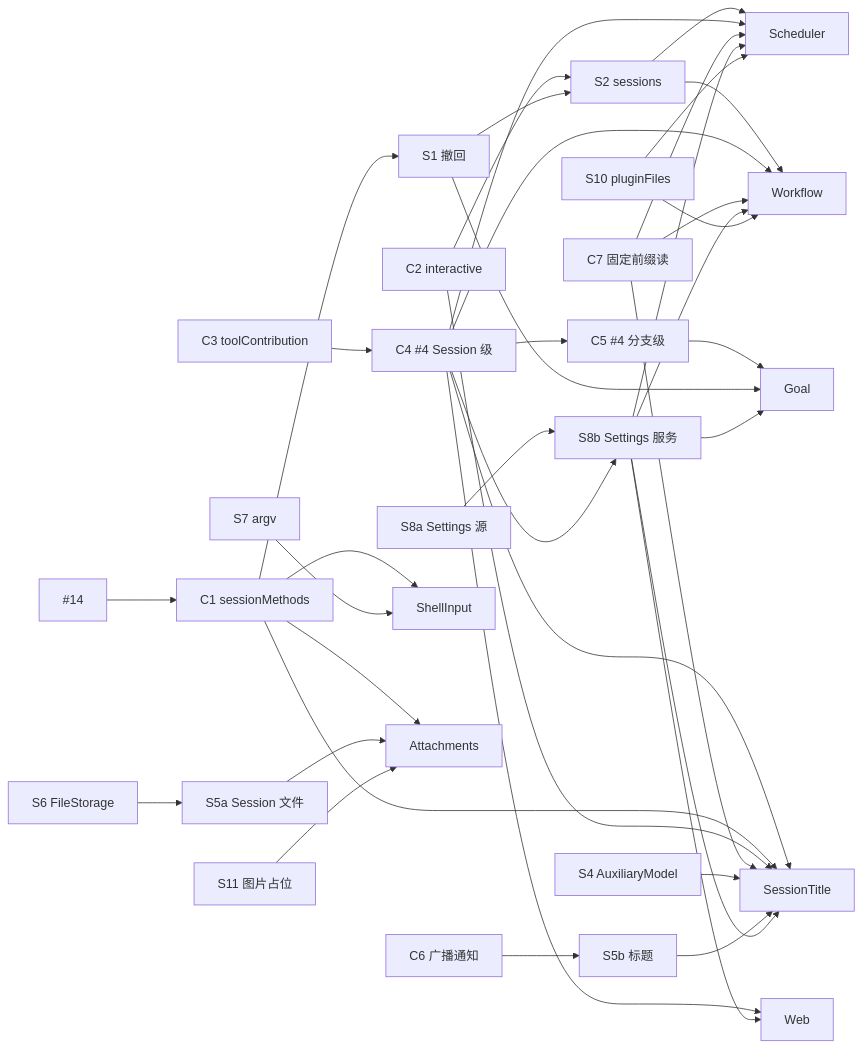
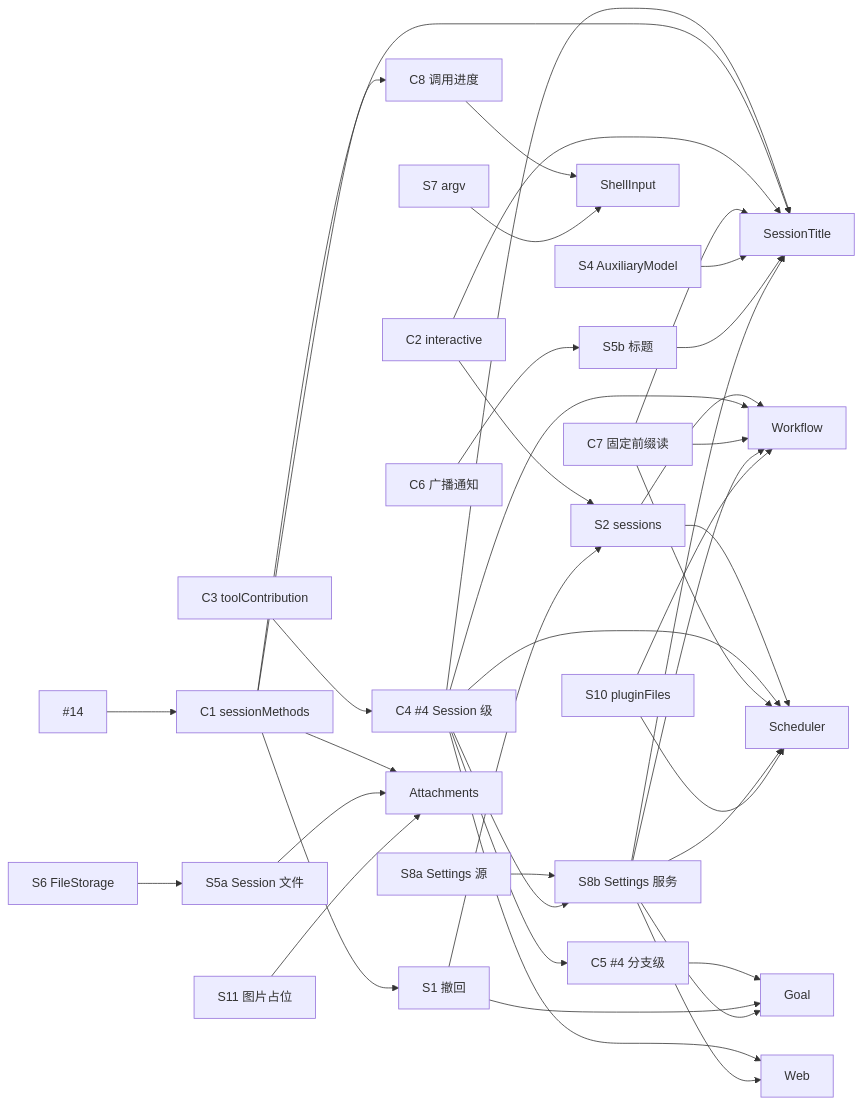
The diagram in docs/design/roadmap.md (CoutinhoTTS/dim-agent), drawn with Mermaid before and after one commit. The commit also changed other lines of this file, not shown here.

First line of the commit message:
docs(roadmap): schedule per-call progress for Session methods as C8

````diff
--- a/docs/design/roadmap.md
+++ b/docs/design/roadmap.md
@@ -155,40 +156,40 @@
 ```mermaid
 flowchart LR
   PR14["#14"] --> C1["C1 sessionMethods"]
   C3["C3 toolContribution"] --> C4["C4 #4 Session 级"] --> C5["C5 #4 分支级"]
   C1 --> S1["S1 撤回"]
   C2["C2 interactive"] --> S2["S2 sessions"]
   S1 --> S2
   C6["C6 广播通知"] --> S5b["S5b 标题"]
   S6["S6 FileStorage"] --> S5a["S5a Session 文件"]
 
-  C1 --> SH["ShellInput"]
+  C1 --> C8["C8 调用进度"] --> SH["ShellInput"]
   S7["S7 argv"] --> SH
   C1 --> AT["Attachments"]
   S5a --> AT
   S11["S11 图片占位"] --> AT
   C4 --> WEB["Web"]
   S8a["S8a Settings 源"] --> S8b["S8b Settings 服务"]
   C4 --> S8b
   S8b --> WEB
   C4 --> ST["SessionTitle"]
   C1 --> ST
   C2 --> ST
   C7["C7 固定前缀读"] --> ST
   S4["S4 AuxiliaryModel"] --> ST
   S5b --> ST
   S8b --> ST
   C5 --> GO["Goal"]
   S1 --> GO
   S8b --> GO
   S2 --> SC["Scheduler"]
   S2 --> WF["Workflow"]
   C4 --> SC
   C4 --> WF
   C7 --> SC
   C7 --> WF
   S8b --> SC
   S8b --> WF
   S10["S10 pluginFiles"] --> SC
   S10 --> WF
 ```
````
